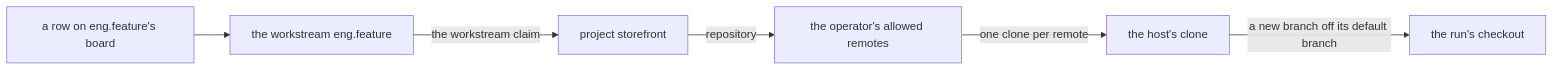
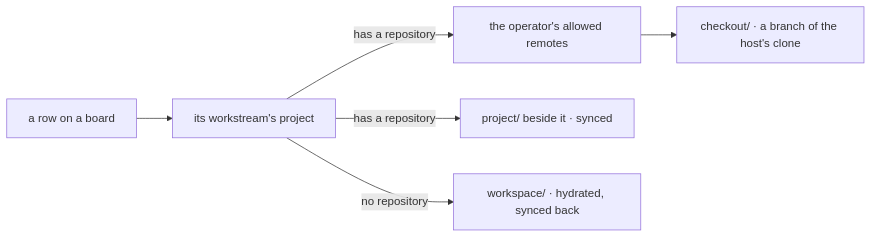
One commit to fixpoint-labs/flow-state-dev changed the second of 2 diagrams in specs/issues/FIX-1762/SPEC.md. Above: the diagram before and after it, drawn with Mermaid. The commit also changed other lines of this file and 18 other files, not shown here.

First line of the commit message:
spec(FIX-1762): owner direction — files source, shared workspace host, slices 2–4

````diff
--- a/specs/issues/FIX-1762/SPEC.md
+++ b/specs/issues/FIX-1762/SPEC.md
@@ -92,8 +92,8 @@
 ```mermaid
 flowchart LR
-  R["a row on eng.feature's board"] --> M["the workstream eng.feature"]
-  M -->|"the workstream claim"| P["project storefront"]
-  P -->|"repository"| G["the operator's allowed remotes"]
-  G -->|"one clone per remote"| C["the host's clone"]
-  C -->|"a new branch off its default branch"| W["the run's checkout"]
+  R["a row on a board"] --> P["its workstream's project"]
+  P -->|"has a repository"| G["the operator's allowed remotes"]
+  G --> K["checkout/ · a branch of the host's clone"]
+  P -->|"has a repository"| J["project/ beside it · synced"]
+  P -->|"no repository"| W["workspace/ · hydrated, synced back"]
 ```
````
